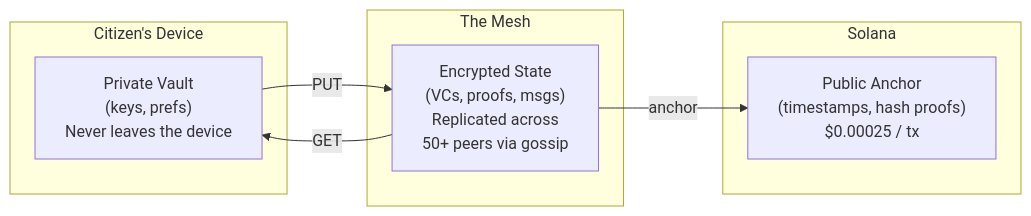
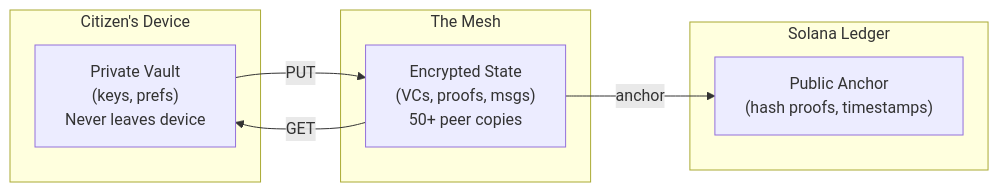
The diagram in README.md (Attestto-com/attestto-mesh), drawn with Mermaid before and after one commit. The commit also changed other lines of this file and 23 other files, not shown here.

````diff
--- a/README.md
+++ b/README.md
@@ -40,18 +11,18 @@
 ```mermaid
 graph LR
     subgraph Device["Citizen's Device"]
-        Vault["Private Vault<br/>(keys, prefs)<br/>Never leaves the device"]
+        Vault["Private Vault<br/>(keys, prefs)<br/>Never leaves device"]
     end
 
     subgraph Mesh["The Mesh"]
-        State["Encrypted State<br/>(VCs, proofs, msgs)<br/>Replicated across<br/>50+ peers via gossip"]
+        State["Encrypted State<br/>(VCs, proofs, msgs)<br/>50+ peer copies"]
     end
 
-    subgraph Solana["Solana"]
-        Anchor["Public Anchor<br/>(timestamps, hash proofs)<br/>$0.00025 / tx"]
+    subgraph Solana["Solana Ledger"]
+        Anchor["Public Anchor<br/>(hash proofs, timestamps)"]
     end
 
-    Vault -- "PUT" --> State
-    State -- "GET" --> Vault
-    State -- "anchor" --> Anchor
+    Vault -->|PUT| State
+    State -->|GET| Vault
+    State -->|anchor| Anchor
 ```
````
